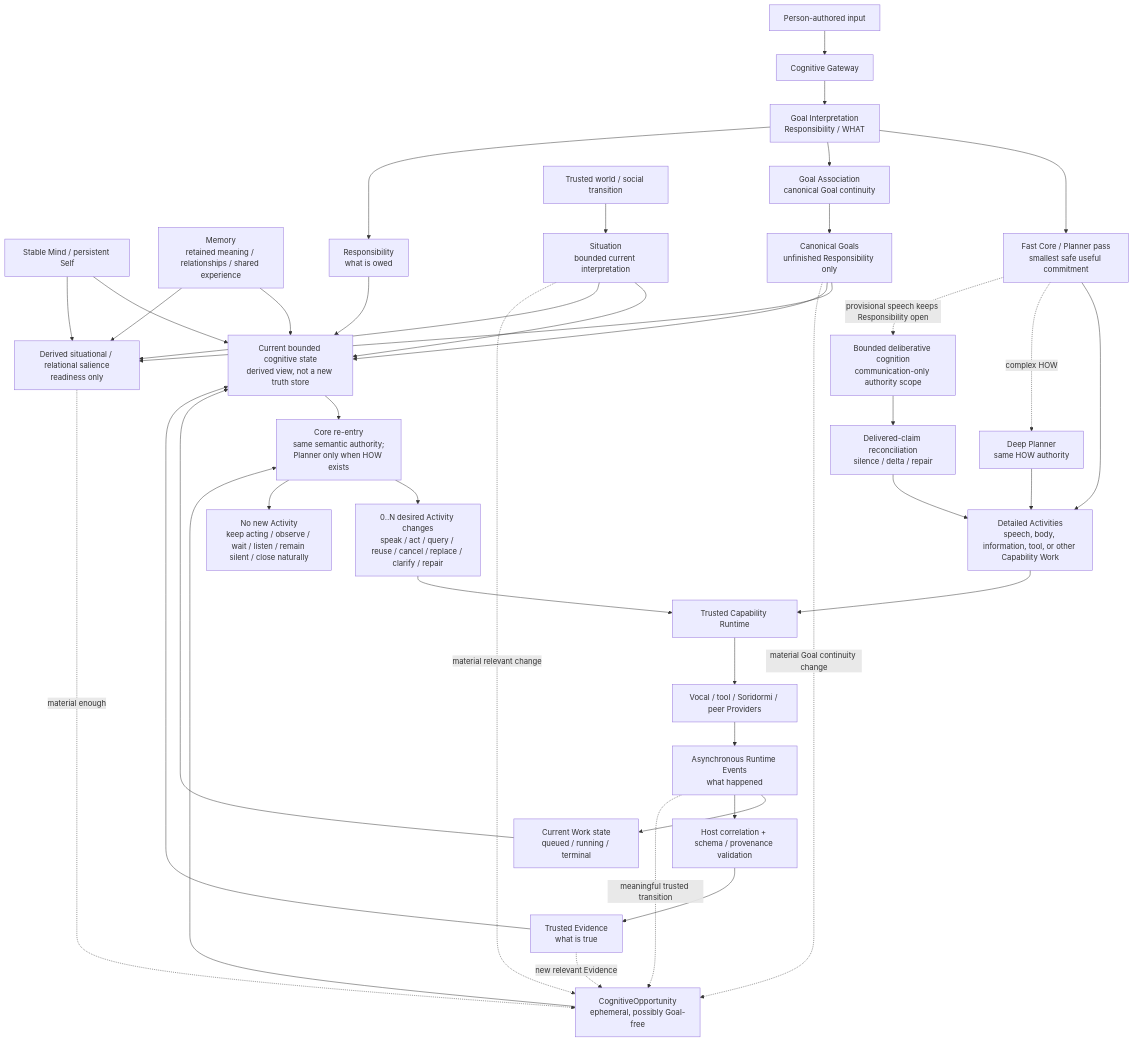
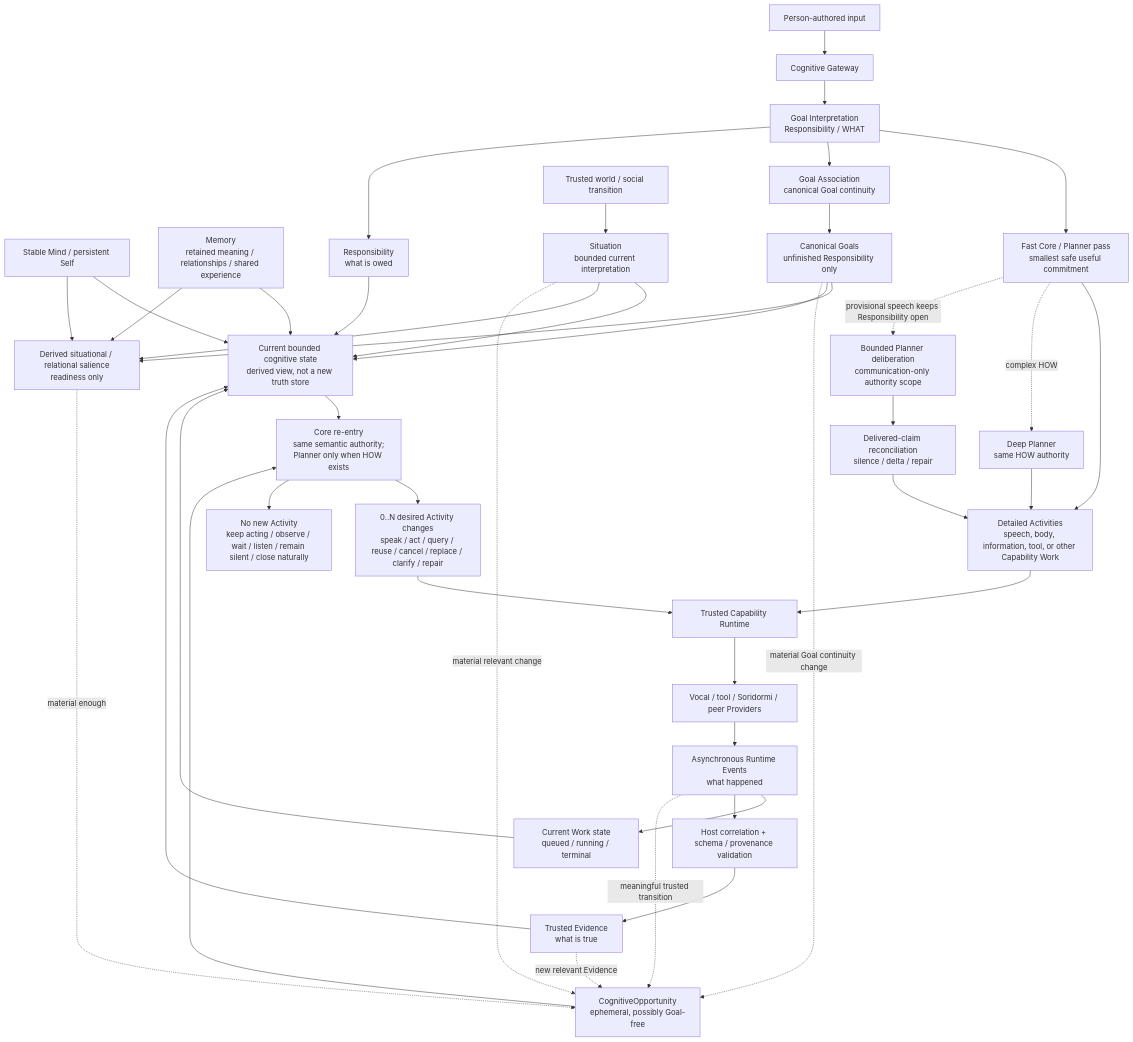
One commit to TimeTreker/chromie changed the first of 2 diagrams in docs/PROJECT_CHARTER.md. Above: the diagram before and after it, drawn with Mermaid. The commit also changed other lines of this file and 25 other files, not shown here.

Commit message:
fix(planner): unify goal-free communication authority

````diff
--- a/docs/PROJECT_CHARTER.md
+++ b/docs/PROJECT_CHARTER.md
@@ -275,50 +281,50 @@
 ```mermaid
 flowchart TD
     SELF["Stable Mind / persistent Self"] --> STATE["Current bounded cognitive state<br/>derived view, not a new truth store"]
     MEM["Memory<br/>retained meaning / relationships / shared experience"] --> STATE
 
     USER["Person-authored input"] --> GW["Cognitive Gateway"]
     GW --> GI["Goal Interpretation<br/>Responsibility / WHAT"]
     GI --> P0["Fast Core / Planner pass<br/>smallest safe useful commitment"]
     GI --> GA["Goal Association<br/>canonical Goal continuity"]
 
     WORLD["Trusted world / social transition"] --> SIT["Situation<br/>bounded current interpretation"]
     SIT --> STATE
     SELF --> SAL["Derived situational / relational salience<br/>readiness only"]
     MEM --> SAL
     SIT --> SAL
     GOALS --> SAL
     SAL -. "material enough" .-> OPP["CognitiveOpportunity<br/>ephemeral, possibly Goal-free"]
 
     P0 --> ACT["Detailed Activities<br/>speech, body, information, tool, or other Capability Work"]
     P0 -. "complex HOW" .-> DP["Deep Planner<br/>same HOW authority"]
     DP --> ACT
-    P0 -. "provisional speech keeps Responsibility open" .-> DC["Bounded deliberative cognition<br/>communication-only authority scope"]
+    P0 -. "provisional speech keeps Responsibility open" .-> DC["Bounded Planner deliberation<br/>communication-only authority scope"]
     DC --> DCR["Delivered-claim reconciliation<br/>silence / delta / repair"]
     DCR --> ACT
     GA --> GOALS["Canonical Goals<br/>unfinished Responsibility only"]
 
     GI --> RESP["Responsibility<br/>what is owed"]
     RESP --> STATE
     GOALS --> STATE
 
     ACT --> RT["Trusted Capability Runtime"]
     RT --> PROV["Vocal / tool / Soridormi / peer Providers"]
     PROV --> EVT["Asynchronous Runtime Events<br/>what happened"]
     EVT --> WORK["Current Work state<br/>queued / running / terminal"]
     EVT --> CORR["Host correlation + schema / provenance validation"]
     CORR --> EVID["Trusted Evidence<br/>what is true"]
     WORK --> STATE
     EVID --> STATE
 
     EVT -. "meaningful trusted transition" .-> OPP
     EVID -. "new relevant Evidence" .-> OPP
     GOALS -. "material Goal continuity change" .-> OPP
     SIT -. "material relevant change" .-> OPP
 
     OPP --> P1["Core re-entry<br/>same semantic authority;<br/>Planner only when HOW exists"]
     STATE --> P1
     P1 --> DELTA["0..N desired Activity changes<br/>speak / act / query / reuse / cancel / replace / clarify / repair"]
     P1 --> NONE["No new Activity<br/>keep acting / observe / wait / listen / remain silent / close naturally"]
     DELTA --> RT
 ```
````
